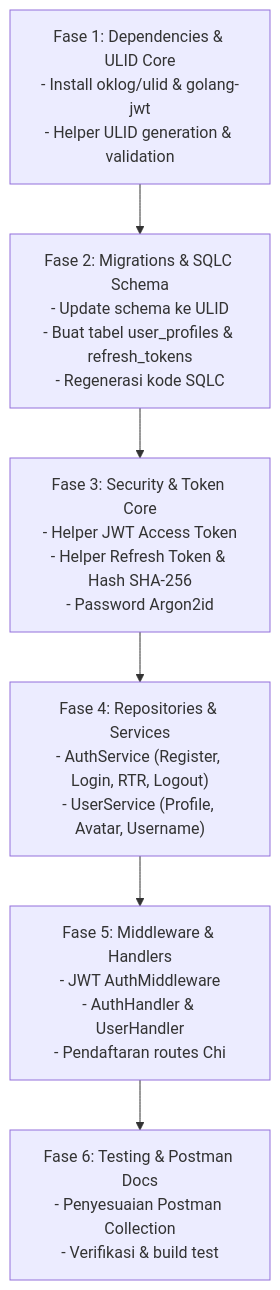
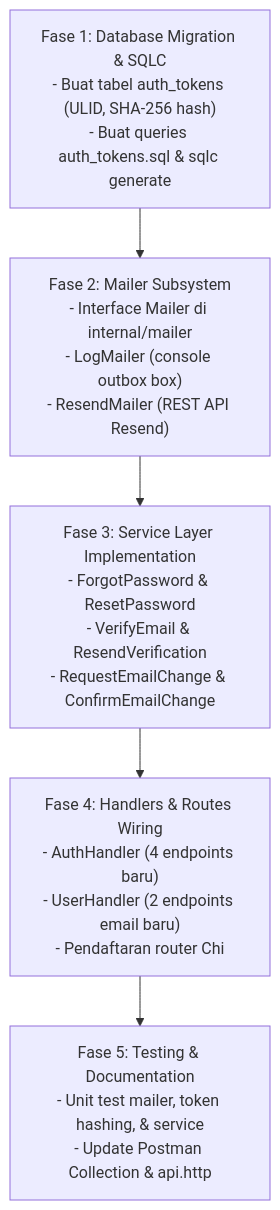
Before and after one commit to mochammadbagas/go-crud-api: the diagram in docs/starter_kit_specification.md, drawn with Mermaid. The commit also changed other lines of this file and 34 other files, not shown here.

Commit message:
feat(auth): implement pluggable mailer, email verification, and account recovery workflows

````diff
--- a/docs/starter_kit_specification.md
+++ b/docs/starter_kit_specification.md
@@ -254,11 +307,10 @@
 ```mermaid
 flowchart TD
-    Phase1["Fase 1: Dependencies & ULID Core\n- Install oklog/ulid & golang-jwt\n- Helper ULID generation & validation"]
-    Phase2["Fase 2: Migrations & SQLC Schema\n- Update schema ke ULID\n- Buat tabel user_profiles & refresh_tokens\n- Regenerasi kode SQLC"]
-    Phase3["Fase 3: Security & Token Core\n- Helper JWT Access Token\n- Helper Refresh Token & Hash SHA-256\n- Password Argon2id"]
-    Phase4["Fase 4: Repositories & Services\n- AuthService (Register, Login, RTR, Logout)\n- UserService (Profile, Avatar, Username)"]
-    Phase5["Fase 5: Middleware & Handlers\n- JWT AuthMiddleware\n- AuthHandler & UserHandler\n- Pendaftaran routes Chi"]
-    Phase6["Fase 6: Testing & Postman Docs\n- Penyesuaian Postman Collection\n- Verifikasi & build test"]
+    Phase1["Fase 1: Database Migration & SQLC\n- Buat tabel auth_tokens (ULID, SHA-256 hash)\n- Buat queries auth_tokens.sql & sqlc generate"]
+    Phase2["Fase 2: Mailer Subsystem\n- Interface Mailer di internal/mailer\n- LogMailer (console outbox box)\n- ResendMailer (REST API Resend)"]
+    Phase3["Fase 3: Service Layer Implementation\n- ForgotPassword & ResetPassword\n- VerifyEmail & ResendVerification\n- RequestEmailChange & ConfirmEmailChange"]
+    Phase4["Fase 4: Handlers & Routes Wiring\n- AuthHandler (4 endpoints baru)\n- UserHandler (2 endpoints email baru)\n- Pendaftaran router Chi"]
+    Phase5["Fase 5: Testing & Documentation\n- Unit test mailer, token hashing, & service\n- Update Postman Collection & api.http"]
 
-    Phase1 --> Phase2 --> Phase3 --> Phase4 --> Phase5 --> Phase6
+    Phase1 --> Phase2 --> Phase3 --> Phase4 --> Phase5
 ```
````
